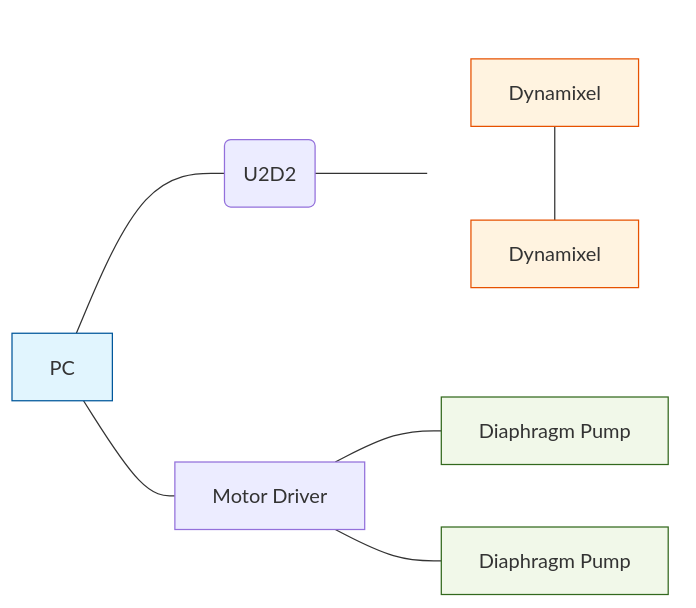
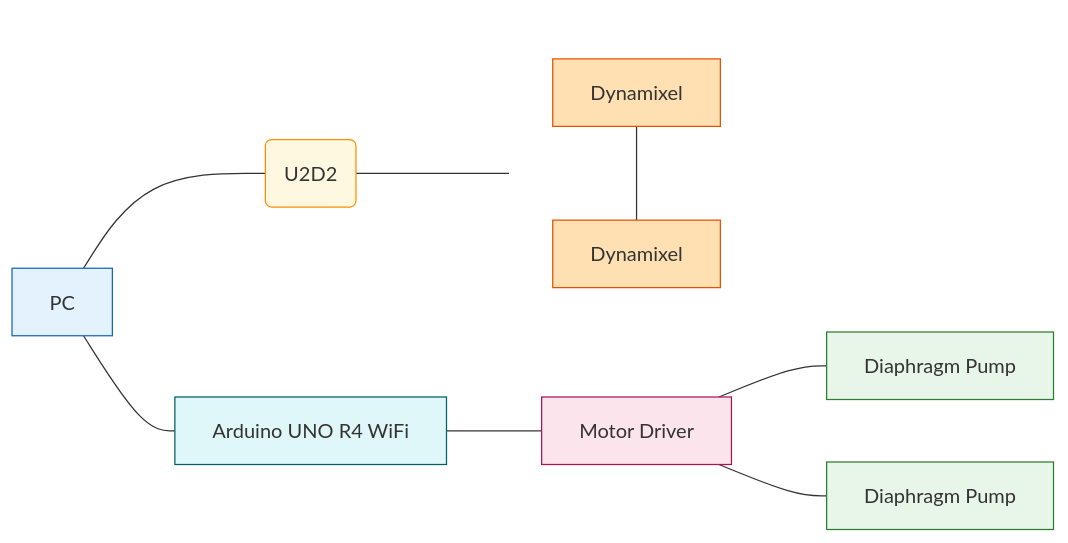
One commit to Armlatable/Armlatable changed the diagram in docs/構成図.mmd. Above: the diagram before and after it, drawn with Mermaid. The commit also changed 1 other file, not shown here.

Commit message:
docs: 構成図にarduino_unoを追加

```diff
--- a/docs/構成図.mmd
+++ b/docs/構成図.mmd
@@ -1,32 +1,37 @@
 graph LR
     %% ノード定義
     PC[PC]
 
     %% Dynamixel系統 (直列)
     U2D2(U2D2)
     subgraph DX_Group [ ]
         direction TB
         DX1["Dynamixel"]
         DX2["Dynamixel"]
         DX1 --- DX2
     end
     style DX_Group fill:none,stroke:none
 
     %% DCモータ系統 (並列)
+    UNO["Arduino UNO R4 WiFi"]
     MD[Motor Driver]
     DM1["Diaphragm Pump"]
     DM2["Diaphragm Pump"]
 
     %% 接続: 左から右へ
     PC --- U2D2
     U2D2 --- DX1
-    PC --- MD
+    PC --- UNO
+    UNO --- MD
     MD --- DM1
     MD --- DM2
 
     %% スタイリング（見やすさのため色分けのみ継続）
-    style PC fill:#e1f5fe,stroke:#01579b
-    style DX1 fill:#fff3e0,stroke:#e65100
-    style DX2 fill:#fff3e0,stroke:#e65100
-    style DM1 fill:#f1f8e9,stroke:#33691e
-    style DM2 fill:#f1f8e9,stroke:#33691e
+    style PC fill:#e3f2fd,stroke:#1565c0
+    style U2D2 fill:#fff8e1,stroke:#ff8f00
+    style DX1 fill:#ffe0b2,stroke:#e65100
+    style DX2 fill:#ffe0b2,stroke:#e65100
+    style UNO fill:#e0f7fa,stroke:#006064
+    style MD fill:#fce4ec,stroke:#ad1457
+    style DM1 fill:#e8f5e9,stroke:#2e7d32
+    style DM2 fill:#e8f5e9,stroke:#2e7d32
```
